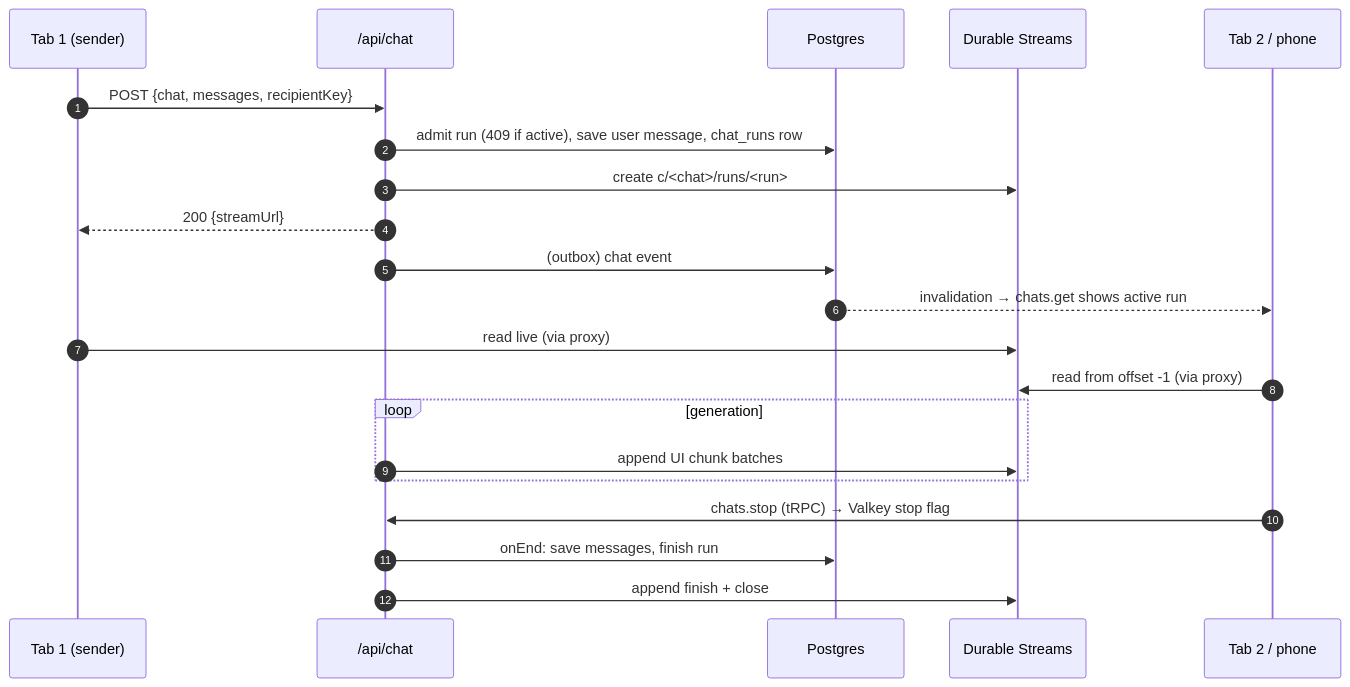
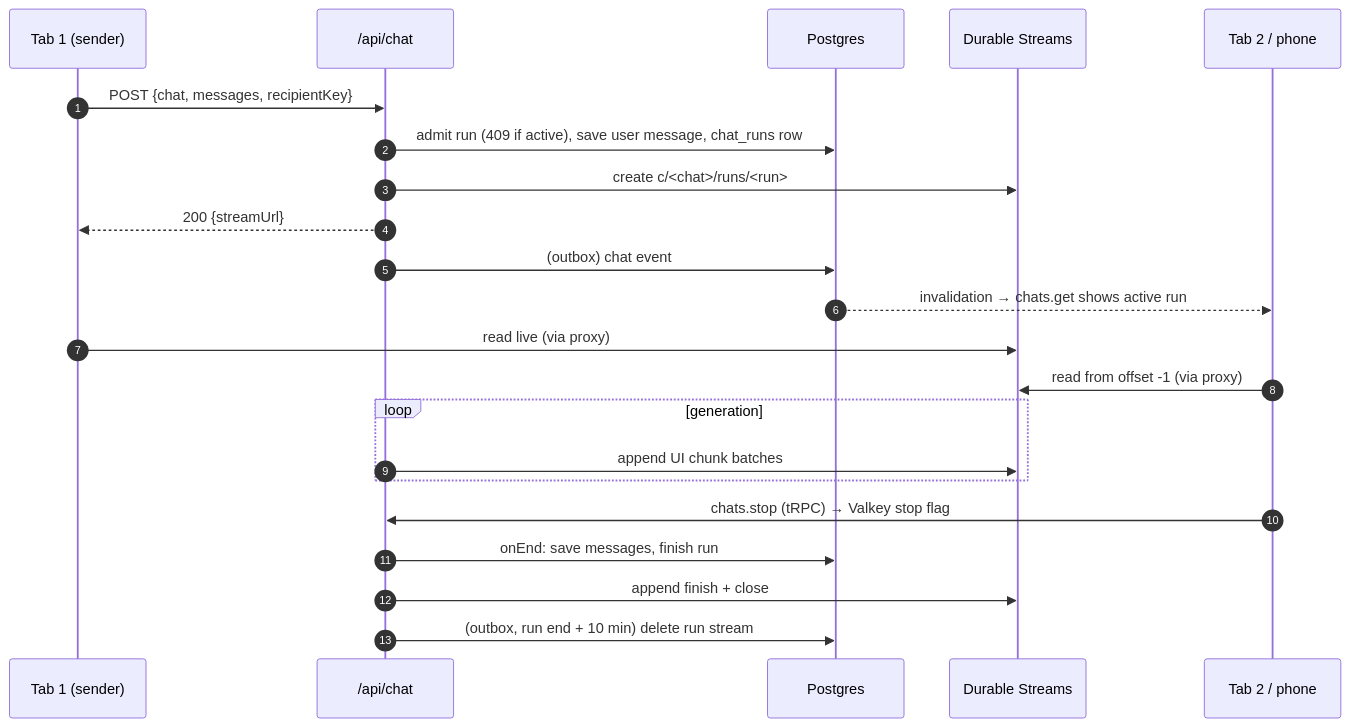
One commit to alkalines/Radium changed the first of 2 diagrams in docs/Backend_Migration/Live_Data.md. Above: the diagram before and after it, drawn with Mermaid. The commit also changed other lines of this file and 45 other files, not shown here.

````diff
--- a/docs/Backend_Migration/Live_Data.md
+++ b/docs/Backend_Migration/Live_Data.md
@@ -89,24 +98,25 @@
 ```mermaid
 sequenceDiagram
     autonumber
     participant T1 as Tab 1 (sender)
     participant API as /api/chat
     participant PG as Postgres
     participant DS as Durable Streams
     participant T2 as Tab 2 / phone
 
     T1->>API: POST {chat, messages, recipientKey}
     API->>PG: admit run (409 if active), save user message, chat_runs row
     API->>DS: create c/<chat>/runs/<run>
     API-->>T1: 200 {streamUrl}
     API->>PG: (outbox) chat event
     PG-->>T2: invalidation → chats.get shows active run
     T1->>DS: read live (via proxy)
     T2->>DS: read from offset -1 (via proxy)
     loop generation
         API->>DS: append UI chunk batches
     end
     T2->>API: chats.stop (tRPC) → Valkey stop flag
     API->>PG: onEnd: save messages, finish run
     API->>DS: append finish + close
+    API->>PG: (outbox, run end + 10 min) delete run stream
 ```
````
